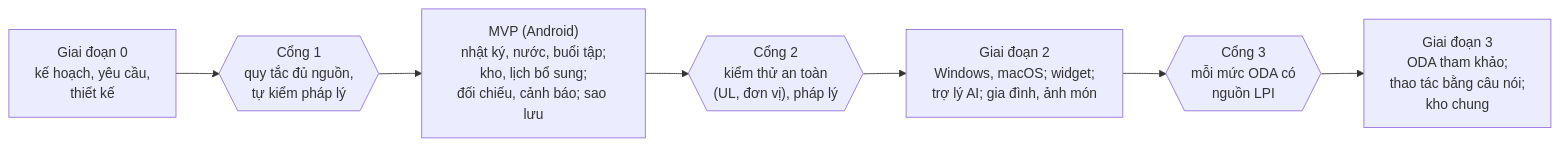
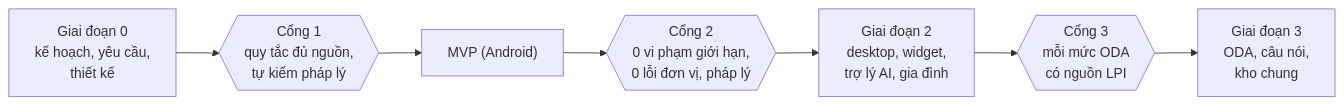
The first of 2 diagrams in docs/plan.md (anhdt9/wholewell-app), drawn with Mermaid before and after one commit. The commit also changed other lines of this file and 1 other file, not shown here.

````diff
--- a/docs/plan.md
+++ b/docs/plan.md
@@ -80,9 +45,9 @@
 ```mermaid
 flowchart LR
   G0["Giai đoạn 0<br/>kế hoạch, yêu cầu,<br/>thiết kế"] --> C1{{"Cổng 1<br/>quy tắc đủ nguồn,<br/>tự kiểm pháp lý"}}
-  C1 --> MVP["MVP (Android)<br/>nhật ký, nước, buổi tập;<br/>kho, lịch bổ sung;<br/>đối chiếu, cảnh báo; sao lưu"]
-  MVP --> C2{{"Cổng 2<br/>kiểm thử an toàn<br/>(UL, đơn vị), pháp lý"}}
-  C2 --> G2["Giai đoạn 2<br/>Windows, macOS; widget;<br/>trợ lý AI; gia đình, ảnh món"]
-  G2 --> C3{{"Cổng 3<br/>mỗi mức ODA có<br/>nguồn LPI"}}
-  C3 --> G3["Giai đoạn 3<br/>ODA tham khảo;<br/>thao tác bằng câu nói;<br/>kho chung"]
+  C1 --> MVP["MVP (Android)"]
+  MVP --> C2{{"Cổng 2<br/>0 vi phạm giới hạn,<br/>0 lỗi đơn vị, pháp lý"}}
+  C2 --> G2["Giai đoạn 2<br/>desktop, widget,<br/>trợ lý AI, gia đình"]
+  G2 --> C3{{"Cổng 3<br/>mỗi mức ODA<br/>có nguồn LPI"}}
+  C3 --> G3["Giai đoạn 3<br/>ODA, câu nói,<br/>kho chung"]
 ```
````
